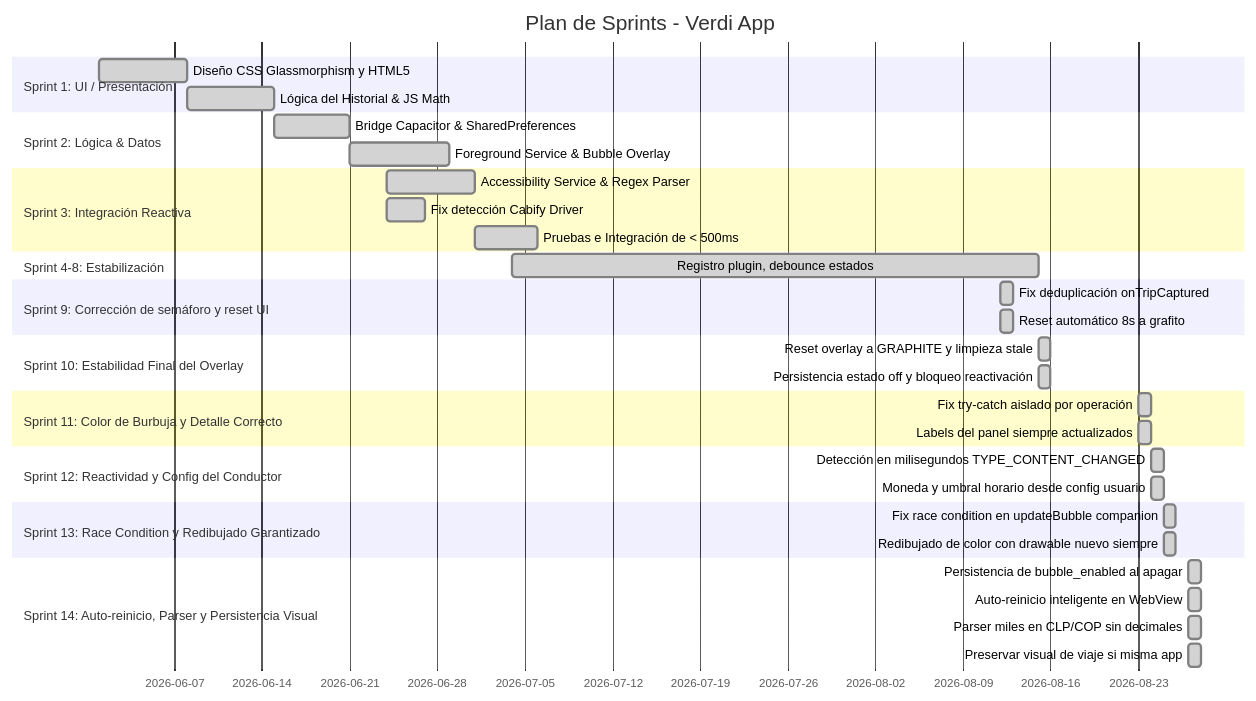
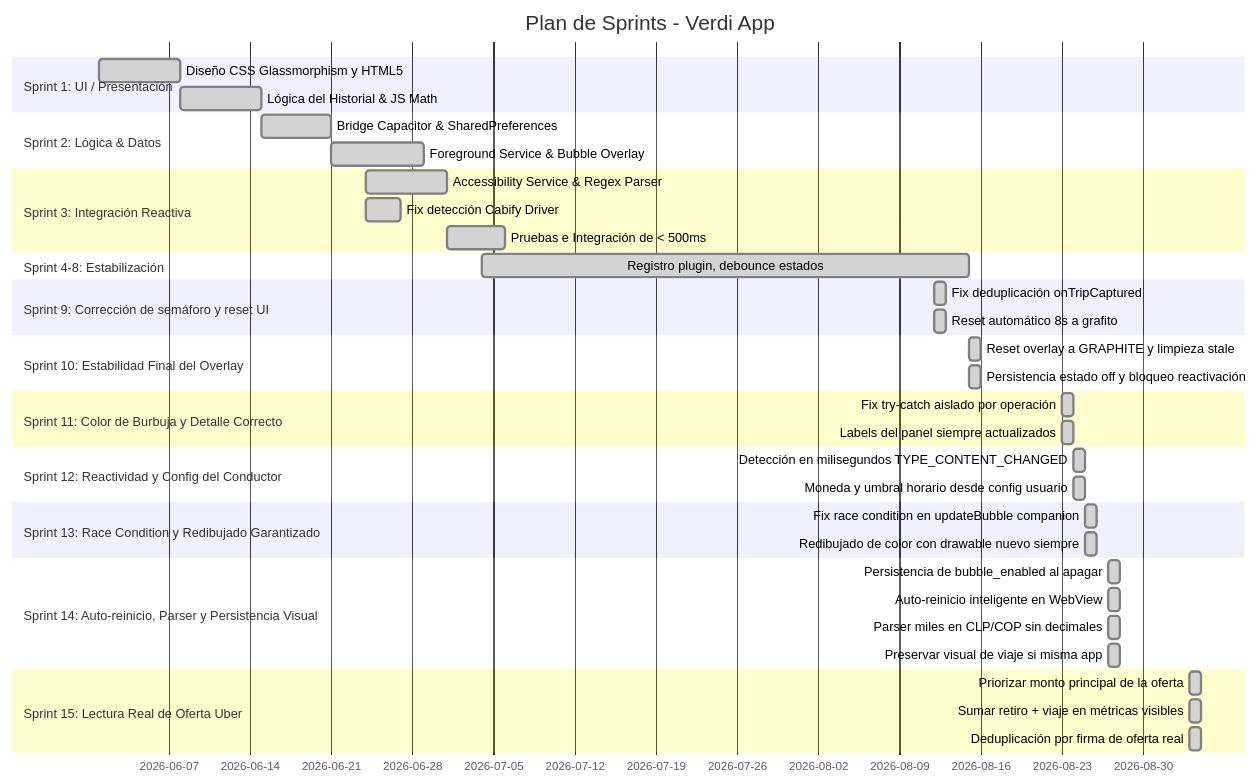
One commit to JorgeFreire95/Verdi changed the second of 2 diagrams in README.md. Above: the diagram before and after it, drawn with Mermaid. The commit also changed other lines of this file and 2 other files, not shown here.

````diff
--- a/README.md
+++ b/README.md
@@ -86,37 +86,41 @@
 ```mermaid
 gantt
     title Plan de Sprints - Verdi App
     dateFormat  YYYY-MM-DD
     section Sprint 1: UI / Presentación
     Diseño CSS Glassmorphism y HTML5    :done, s1, 2026-06-01, 7d
     Lógica del Historial & JS Math      :done, s2, after s1, 7d
     section Sprint 2: Lógica & Datos
     Bridge Capacitor & SharedPreferences :done, s3, 2026-06-15, 6d
     Foreground Service & Bubble Overlay  :done, s4, after s3, 8d
     section Sprint 3: Integración Reactiva
     Accessibility Service & Regex Parser :done, s5, 2026-06-24, 7d
     Fix detección Cabify Driver          :done, s6, 2026-06-24, 3d
     Pruebas e Integración de < 500ms     :done, s7, after s5, 5d
     section Sprint 4-8: Estabilización
     Registro plugin, debounce estados    :done, s8, 2026-07-04, 42d
     section Sprint 9: Corrección de semáforo y reset UI
     Fix deduplicación onTripCaptured     :done, s9, 2026-08-12, 1d
     Reset automático 8s a grafito        :done, s10, 2026-08-12, 1d
     section Sprint 10: Estabilidad Final del Overlay
     Reset overlay a GRAPHITE y limpieza stale :done, s11, 2026-08-15, 1d
     Persistencia estado off y bloqueo reactivación :done, s12, 2026-08-15, 1d
     section Sprint 11: Color de Burbuja y Detalle Correcto
     Fix try-catch aislado por operación     :done, s13, 2026-08-23, 1d
     Labels del panel siempre actualizados   :done, s14, 2026-08-23, 1d
     section Sprint 12: Reactividad y Config del Conductor
     Detección en milisegundos TYPE_CONTENT_CHANGED :done, s15, 2026-08-24, 1d
     Moneda y umbral horario desde config usuario   :done, s16, 2026-08-24, 1d
     section Sprint 13: Race Condition y Redibujado Garantizado
     Fix race condition en updateBubble companion   :done, s17, 2026-08-25, 1d
     Redibujado de color con drawable nuevo siempre :done, s18, 2026-08-25, 1d
     section Sprint 14: Auto-reinicio, Parser y Persistencia Visual
     Persistencia de bubble_enabled al apagar    :done, s19, 2026-08-27, 1d
     Auto-reinicio inteligente en WebView        :done, s20, 2026-08-27, 1d
     Parser miles en CLP/COP sin decimales       :done, s21, 2026-08-27, 1d
     Preservar visual de viaje si misma app      :done, s22, 2026-08-27, 1d
+    section Sprint 15: Lectura Real de Oferta Uber
+    Priorizar monto principal de la oferta      :done, s23, 2026-09-03, 1d
+    Sumar retiro + viaje en métricas visibles   :done, s24, 2026-09-03, 1d
+    Deduplicación por firma de oferta real      :done, s25, 2026-09-03, 1d
 ```
````
